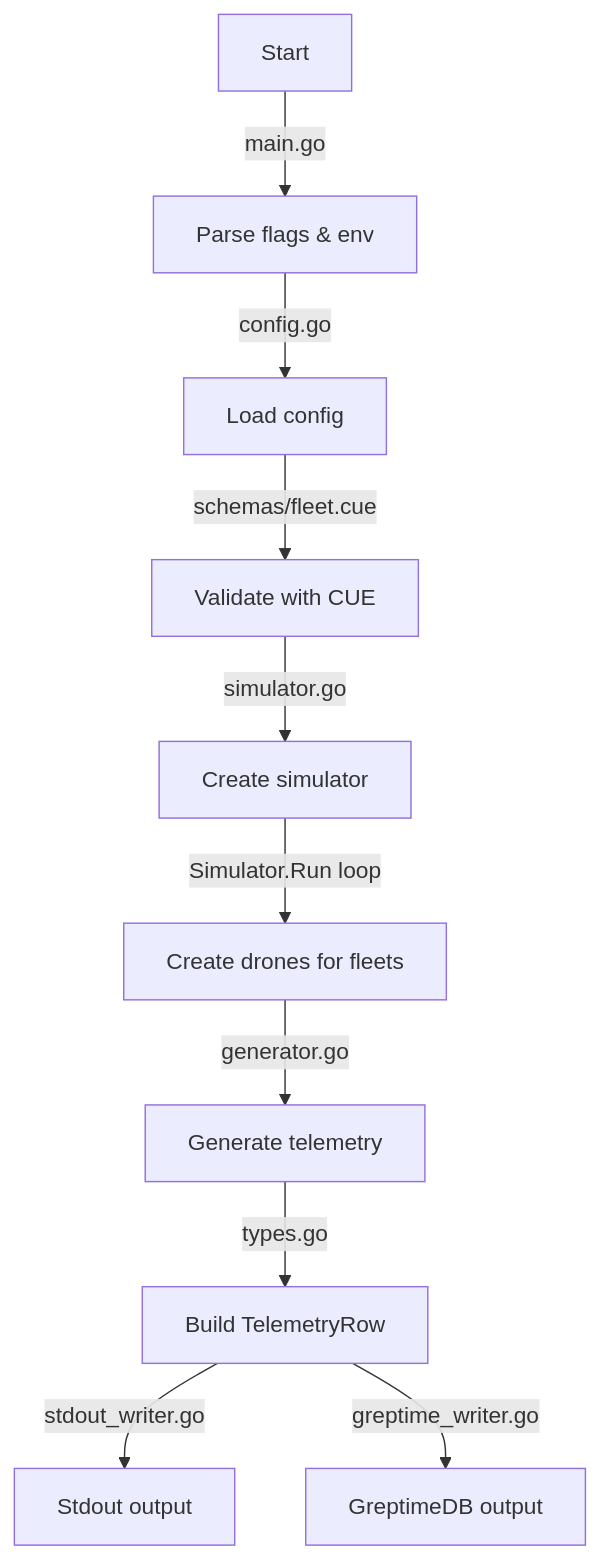
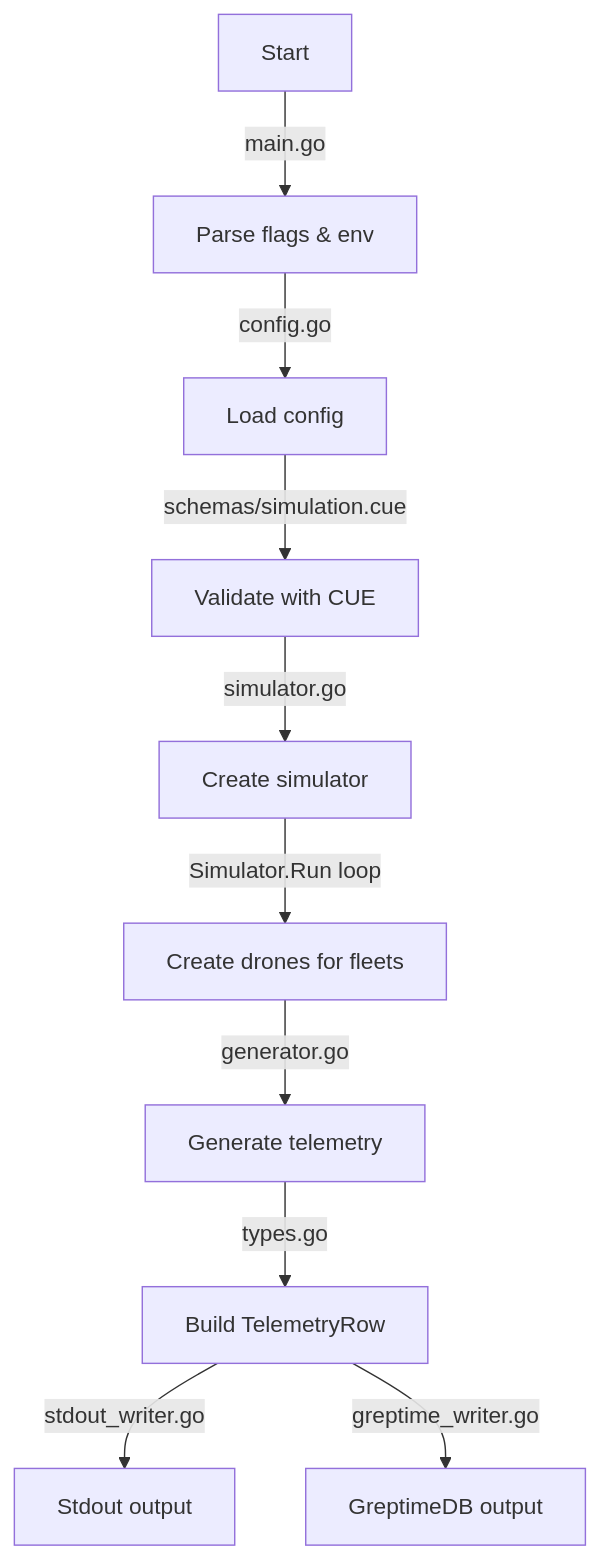
The diagram in README.md (sohooo/droneops-sim), drawn with Mermaid before and after one commit. The commit also changed other lines of this file and 11 other files, not shown here.

Commit message:
Rename fleet config to simulation and update docs

````diff
--- a/README.md
+++ b/README.md
@@ -109,12 +116,12 @@
 ```mermaid
 flowchart TD
     Start["Start"] -->|"main.go"| A["Parse flags & env"]
     A -->|"config.go"| B["Load config"]
-    B -->|"schemas/fleet.cue"| C["Validate with CUE"]
+    B -->|"schemas/simulation.cue"| C["Validate with CUE"]
     C -->|"simulator.go"| D["Create simulator"]
     D -->|"Simulator.Run loop"| E["Create drones for fleets"]
     E -->|"generator.go"| F["Generate telemetry"]
     F -->|"types.go"| G["Build TelemetryRow"]
     G -->|"stdout_writer.go"| K["Stdout output"]
     G -->|"greptime_writer.go"| L["GreptimeDB output"]
 ```
````
